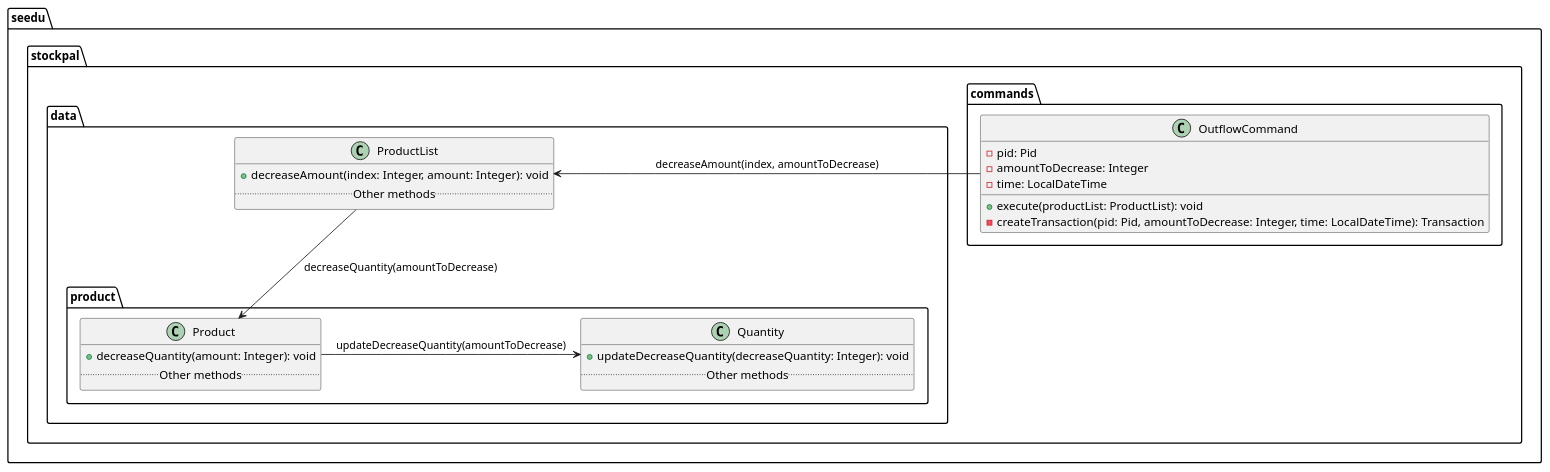
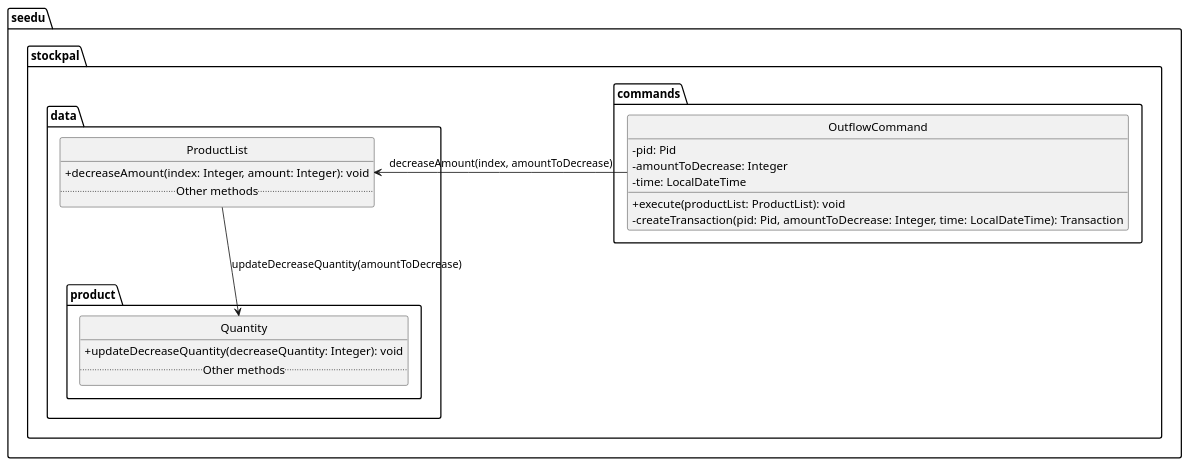
The diagram in docs/diagrams/OutflowCommandClass.puml (leongxingyu/tp), drawn with PlantUML before and after one commit. The commit also changed 9 other files, not shown here.

```diff
--- a/docs/diagrams/OutflowCommandClass.puml
+++ b/docs/diagrams/OutflowCommandClass.puml
@@ -1,38 +1,35 @@
 @startuml
+
+hide circles
+skinparam classAttributeIconSize 0
 
 package "seedu.stockpal.commands" {
     class OutflowCommand {
         - pid: Pid
         - amountToDecrease: Integer
         - time: LocalDateTime
 
         + execute(productList: ProductList): void
         - createTransaction(pid: Pid, amountToDecrease: Integer, time: LocalDateTime): Transaction
     }
 }
 
 package "seedu.stockpal.data.product" {
-    class Product {
-        + decreaseQuantity(amount: Integer): void
-        .. Other methods ..
-    }
-
     class Quantity {
         + updateDecreaseQuantity(decreaseQuantity: Integer): void
         .. Other methods ..
     }
 
 }
 
 package "seedu.stockpal.data" {
     class ProductList {
             + decreaseAmount(index: Integer, amount: Integer): void
             .. Other methods ..
     }
 }
 
 OutflowCommand -> ProductList: decreaseAmount(index, amountToDecrease)
-ProductList --> Product: decreaseQuantity(amountToDecrease)
-Product -> Quantity: updateDecreaseQuantity(amountToDecrease)
+ProductList --> Quantity: updateDecreaseQuantity(amountToDecrease)
 
 @enduml
```
